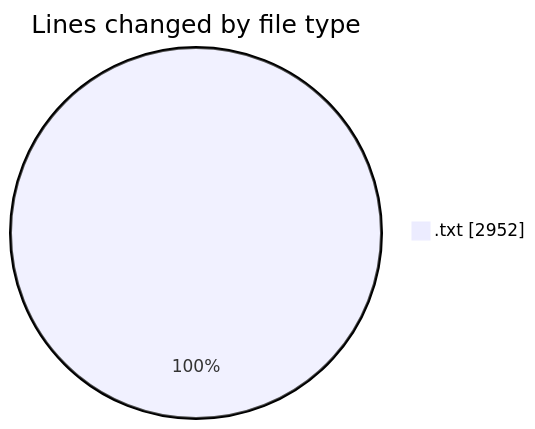
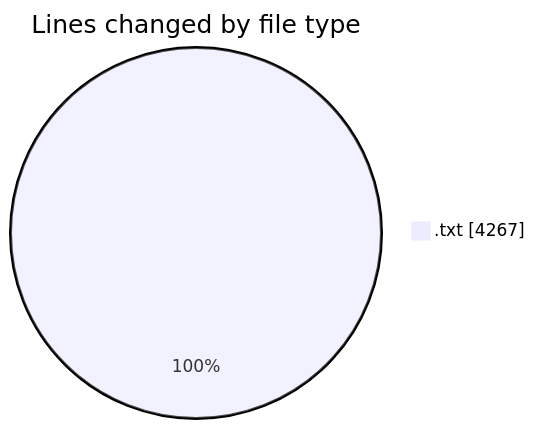
One commit to ricardozamudiocil/code-tracking changed the first of 2 diagrams in 2026-11-23/informesdocpath/README.md. Above: the diagram before and after it, drawn with Mermaid. The commit also changed other lines of this file and 1 other file, not shown here.

````diff
--- a/2026-11-23/informesdocpath/README.md
+++ b/2026-11-23/informesdocpath/README.md
@@ -20,5 +20,5 @@
 ```mermaid
 pie showData
 title Lines changed by file type
-".txt" : 2952
+".txt" : 4267
 ```
````
